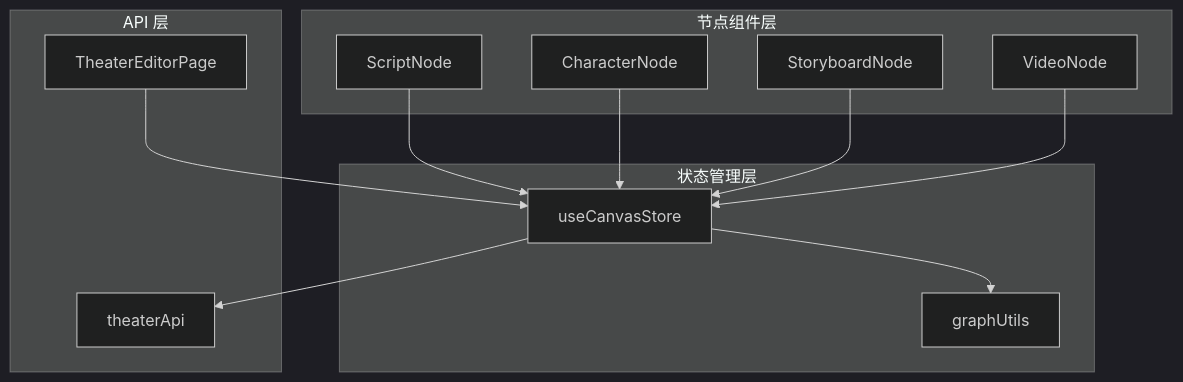
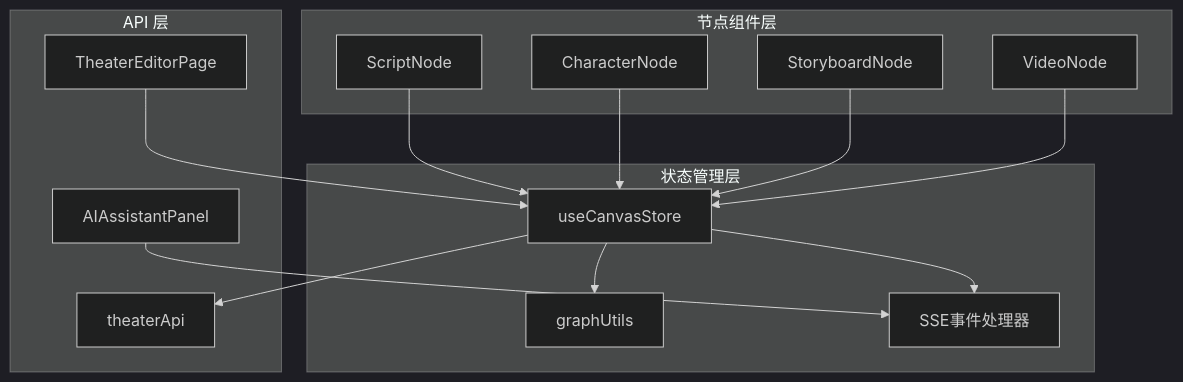
The fifth of 7 diagrams in .qoder/repowiki/zh/content/后端开发指南/画布工具服务.md (KunLabAI/KunFlix), drawn with Mermaid (dark theme) before and after one commit. The commit also changed other lines of this file and 12 other files, not shown here.

````diff
--- a/.qoder/repowiki/zh/content/后端开发指南/画布工具服务.md
+++ b/.qoder/repowiki/zh/content/后端开发指南/画布工具服务.md
@@ -227,24 +283,28 @@
 ```mermaid
 graph TB
 subgraph "节点组件层"
 ScriptNode[ScriptNode]
 CharacterNode[CharacterNode]
 StoryboardNode[StoryboardNode]
 VideoNode[VideoNode]
 end
 subgraph "状态管理层"
 CanvasStore[useCanvasStore]
 GraphUtils[graphUtils]
+SSEHandler[SSE事件处理器]
 end
 subgraph "API 层"
 TheaterApi[theaterApi]
 Page[TheaterEditorPage]
+AssistantPanel[AIAssistantPanel]
 end
 ScriptNode --> CanvasStore
 CharacterNode --> CanvasStore
 StoryboardNode --> CanvasStore
 VideoNode --> CanvasStore
 CanvasStore --> GraphUtils
 CanvasStore --> TheaterApi
+CanvasStore --> SSEHandler
+AssistantPanel --> SSEHandler
 Page --> CanvasStore
 ```
````
